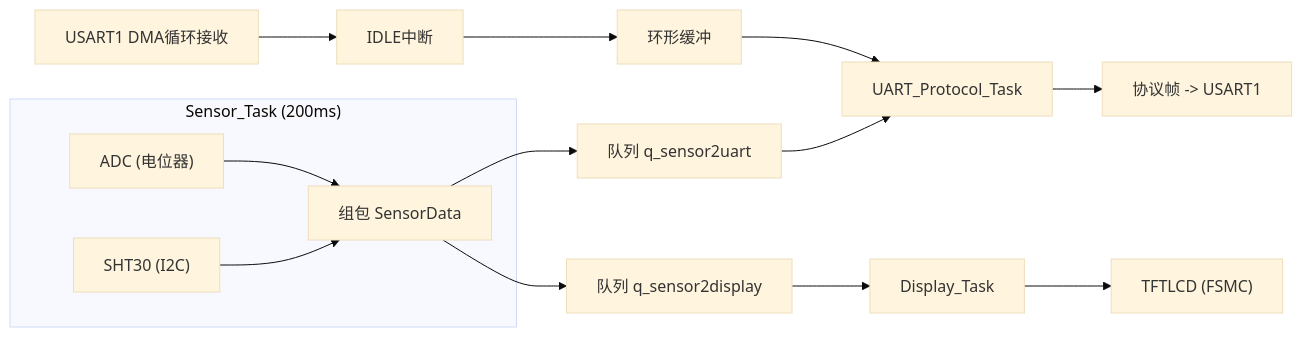
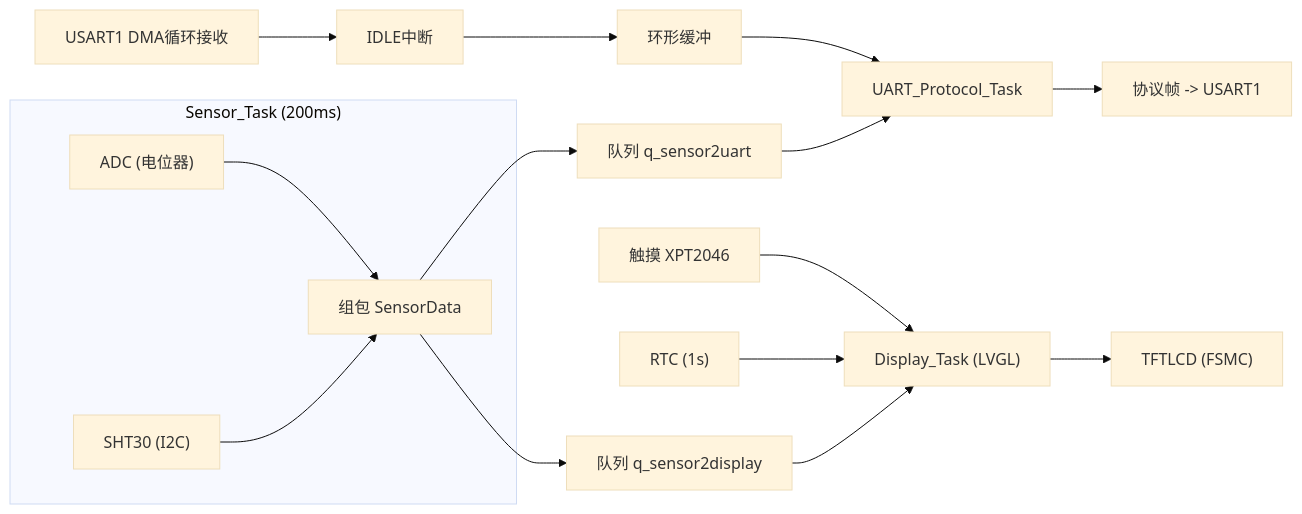
Before and after one commit to Ytmanet/STM32-FreeRTOS-Sensor-Node: the diagram in README.md, drawn with Mermaid (base theme). The commit also changed other lines of this file and 1 other file, not shown here.

Commit message:
docs: 合并 README_demo 至单一 README，修正 Display 栈大小与触摸引脚描述

````diff
--- a/README.md
+++ b/README.md
@@ -26,14 +31,16 @@
 ```mermaid
 flowchart LR
     subgraph Sensor["Sensor_Task (200ms)"]
         SHT30["SHT30 (I2C)"] --> PK["组包 SensorData"]
         ADC["ADC (电位器)"] --> PK
     end
     PK --> Q1["队列 q_sensor2uart"]
     PK --> Q2["队列 q_sensor2display"]
     Q1 --> UART["UART_Protocol_Task"]
-    Q2 --> DISP["Display_Task"]
+    Q2 --> DISP["Display_Task (LVGL)"]
     UART --> TX["协议帧 -> USART1"]
     RX["USART1 DMA循环接收"] --> IDLE["IDLE中断"] --> RB["环形缓冲"] --> UART
+    RTC["RTC (1s)"] --> DISP
+    TP["触摸 XPT2046"] --> DISP
     DISP --> LCD["TFTLCD (FSMC)"]
 ```
````
